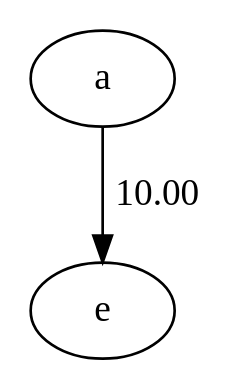
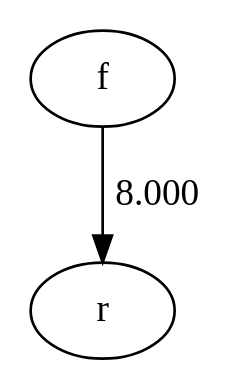
Before and after one commit to Kolosovamp/leti_piaa_8303: the diagram in Kolosova_Marina_lr2/Source/graphFile.dot, drawn with Graphviz. The commit also changed 3 other files, not shown here.

```diff
--- a/Kolosova_Marina_lr2/Source/graphFile.dot
+++ b/Kolosova_Marina_lr2/Source/graphFile.dot
@@ -1,3 +1,3 @@
 digraph MyGraph {
-    a -> e [label=10.00];
+    f -> r [label=8.000];
 }
```
